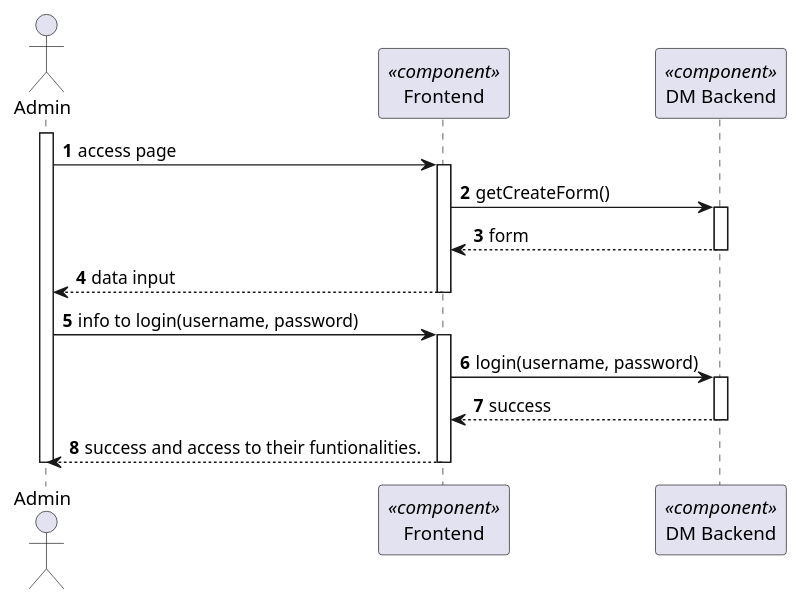
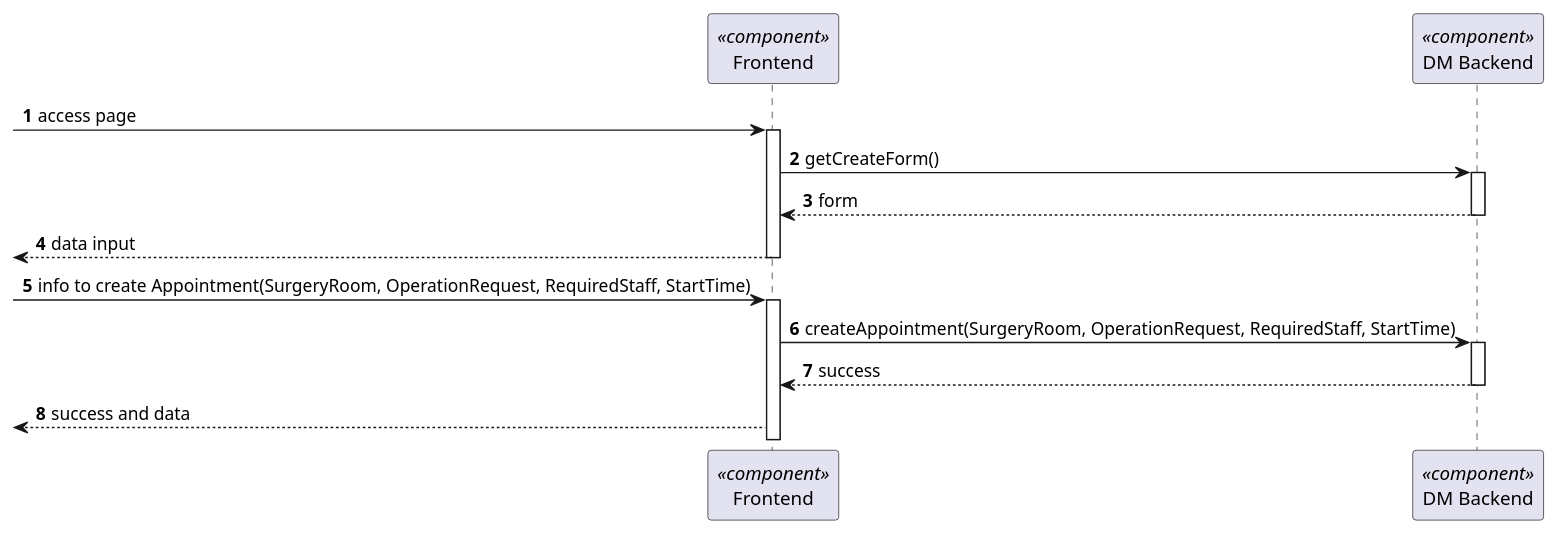
One commit to Ana-Miguel-Silva/SurgicalAppointmentAndResourceManagement changed the diagram in docs/BackofficeModule/7.2.8/sequence-diagram-2.puml. Above: the diagram before and after it, drawn with PlantUML. The commit also changed 36 other files, not shown here.

```diff
--- a/docs/BackofficeModule/7.2.8/sequence-diagram-2.puml
+++ b/docs/BackofficeModule/7.2.8/sequence-diagram-2.puml
@@ -1,33 +1,30 @@
-@startuml 5.1.1
+@startuml 5.1.8
 skinparam packageStyle rectangle
 skinparam shadowing false
 
 autonumber
 
-actor "Admin" as AD
 participant "Frontend" as FE <<component>>
 participant "DM Backend" as BE <<component>>
 
 
 
-activate AD
-AD -> FE: access page
+ -> FE: access page
 activate FE
 FE -> BE: getCreateForm()
 activate BE
 BE --> FE: form
 deactivate BE
-FE --> AD : data input
+<-- FE   : data input
 deactivate FE
-AD -> FE : info to login(username, password)
+-> FE : info to create Appointment(SurgeryRoom, OperationRequest, RequiredStaff, StartTime)
 activate FE
-FE -> BE : login(username, password)
+FE -> BE : createAppointment(SurgeryRoom, OperationRequest, RequiredStaff, StartTime)
 activate BE
 BE --> FE: success
 deactivate BE
-FE --> AD : success and access to their funtionalities.
-deactivate FE
-deactivate AD
+
+<-- FE   : success and data
 
 
 @enduml
```
